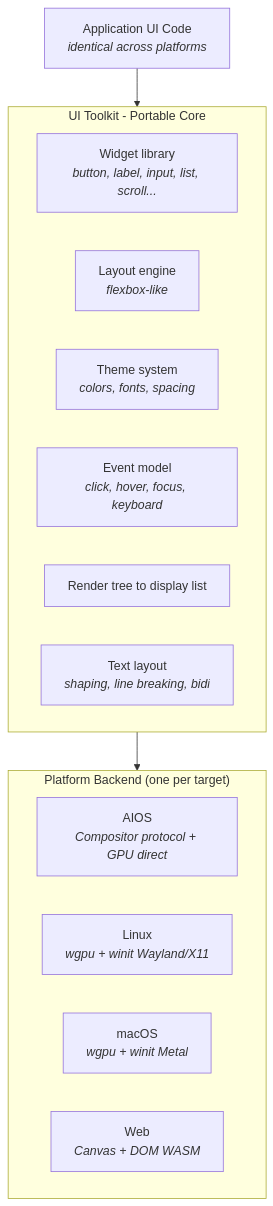
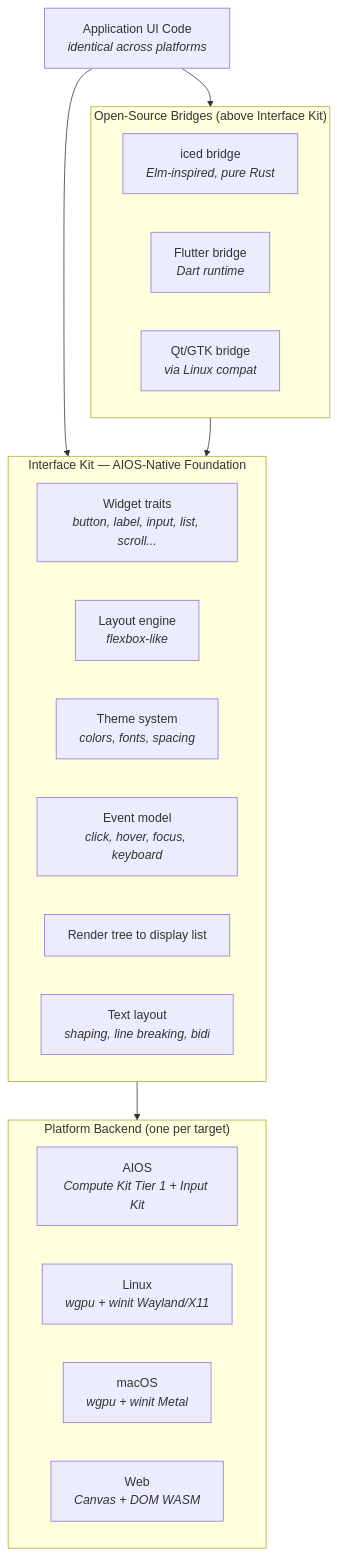
Before and after one commit to juslee/aios: the fifth of 7 diagrams in docs/project/architecture.md, drawn with Mermaid. The commit also changed other lines of this file, not shown here.

First line of the commit message:
Docs: Align architecture.md with Kit architecture decisions

````diff
--- a/docs/project/architecture.md
+++ b/docs/project/architecture.md
@@ -900,34 +922,45 @@
 ```mermaid
 flowchart TD
     AppUI["`Application UI Code
 *identical across platforms*`"]
 
-    subgraph Core["UI Toolkit - Portable Core"]
+    subgraph Core["Interface Kit — AIOS-Native Foundation"]
         direction LR
-        Widgets["`Widget library
+        Widgets["`Widget traits
 *button, label, input, list, scroll...*`"]
         Layout["`Layout engine
 *flexbox-like*`"]
         Theme["`Theme system
 *colors, fonts, spacing*`"]
         Events["`Event model
 *click, hover, focus, keyboard*`"]
         Render["Render tree to display list"]
         TextLayout["`Text layout
 *shaping, line breaking, bidi*`"]
     end
 
+    subgraph Bridges["Open-Source Bridges (above Interface Kit)"]
+        direction LR
+        IcedBridge["`iced bridge
+*Elm-inspired, pure Rust*`"]
+        FlutterBridge["`Flutter bridge
+*Dart runtime*`"]
+        QtBridge["`Qt/GTK bridge
+*via Linux compat*`"]
+    end
+
     subgraph Backend["Platform Backend (one per target)"]
         direction LR
         AIOS["`AIOS
-*Compositor protocol + GPU direct*`"]
+*Compute Kit Tier 1 + Input Kit*`"]
         Linux["`Linux
 *wgpu + winit Wayland/X11*`"]
         macOS["`macOS
 *wgpu + winit Metal*`"]
         Web["`Web
 *Canvas + DOM WASM*`"]
     end
 
     AppUI --> Core --> Backend
+    AppUI --> Bridges --> Core
 ```
````
